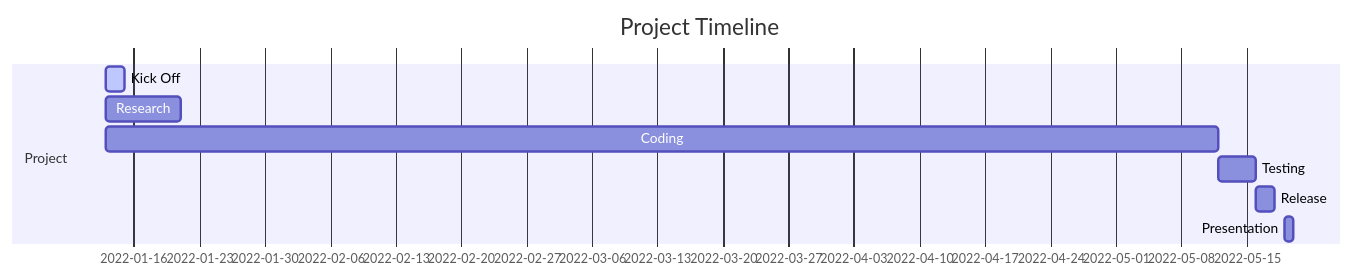
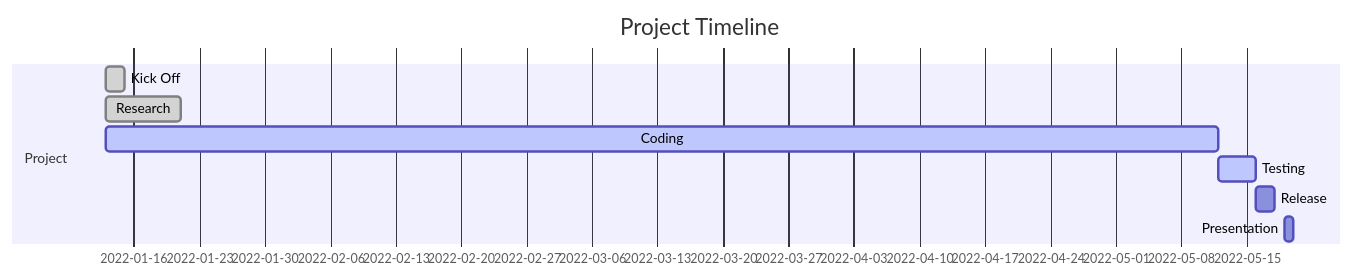
One commit to IlkkaTakala/Eril-Engine changed the first of 3 diagrams in docs/ProjectPlan.md. Above: the diagram before and after it, drawn with Mermaid. The commit also changed other lines of this file, not shown here.

````diff
--- a/docs/ProjectPlan.md
+++ b/docs/ProjectPlan.md
@@ -59,13 +59,13 @@
 ```mermaid
 gantt
 dateFormat  DD-MM
 title Project Timeline
 
 section Project
-Kick Off                :active,    des1, 13-01, 2d
-Research                :           des2, 13-01, 8d
-Coding                  :    des4, 13-01, 17w
-Testing                 :    des5, after des4, 4d
-Release                 :    des6, after des5, 2d
-Presentation            :    des8, 19-05, 20-05
+Kick Off                :done,      des1, 13-01, 2d
+Research                :done,      des2, 13-01, 8d
+Coding                  :active,    des4, 13-01, 17w
+Testing                 :active,    des5, after des4, 4d
+Release                 :           des6, after des5, 2d
+Presentation            :           des8, 19-05, 20-05
 ```
````
